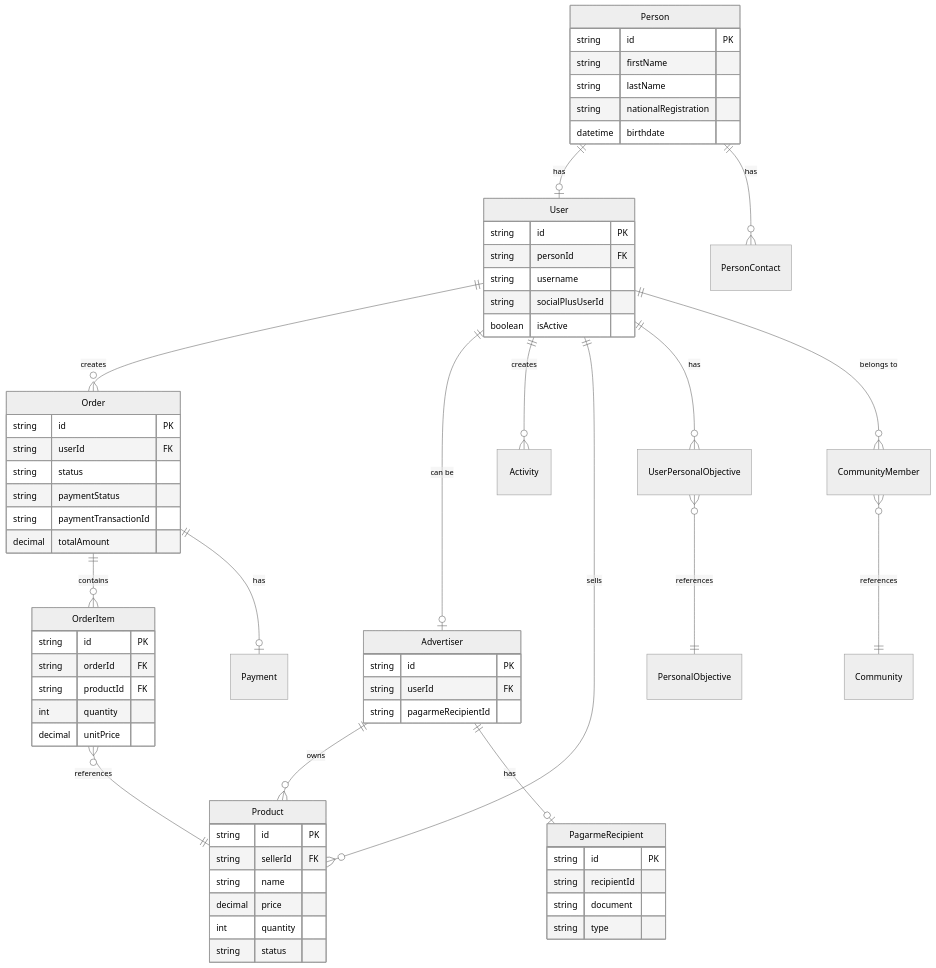
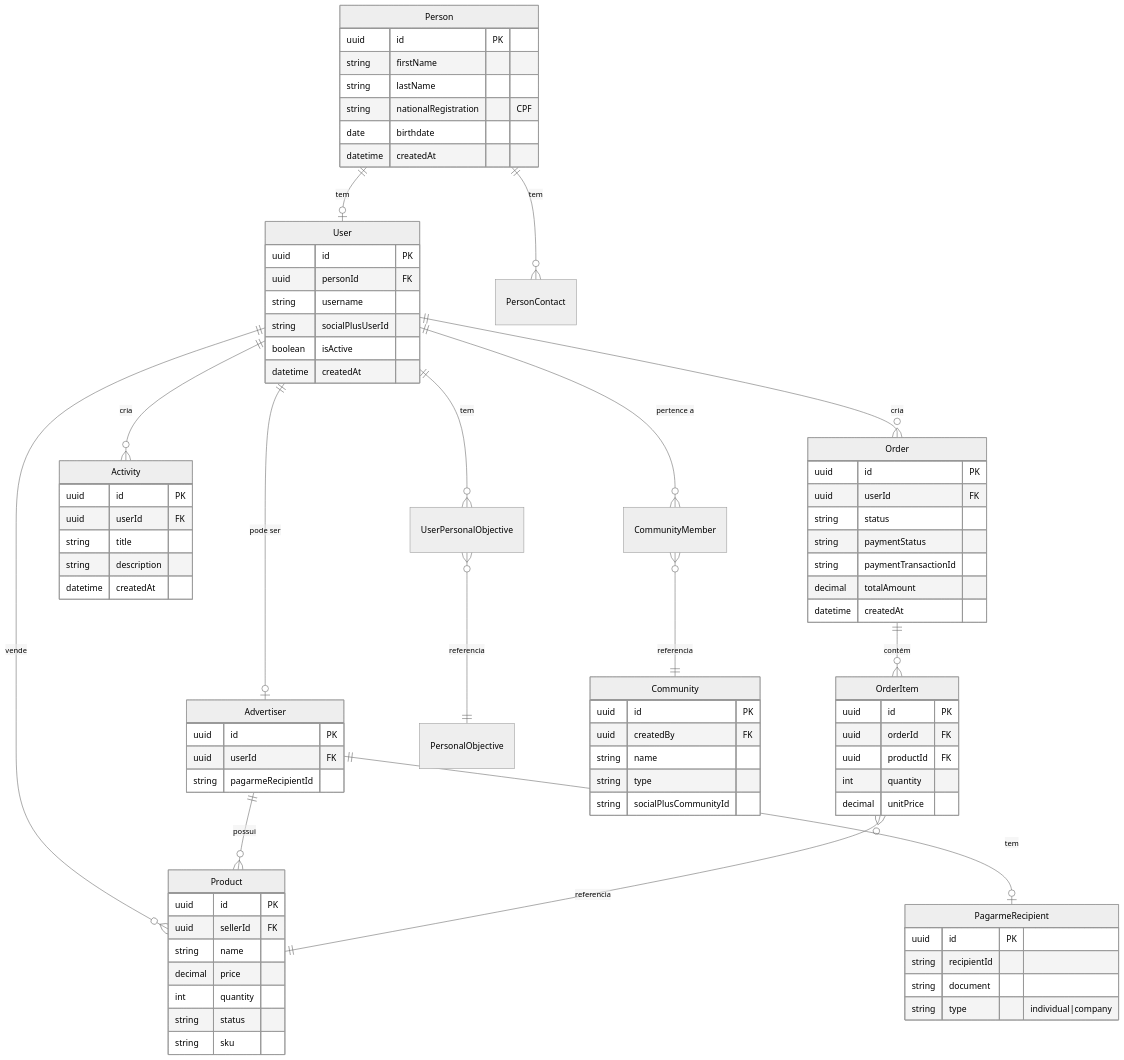
Before and after one commit to Mavimarmara/likeme-back-end: the third of 5 diagrams in docs/system-architecture.md, drawn with Mermaid (neutral theme). The commit also changed other lines of this file, not shown here.

First line of the commit message:
Otimiza diagramas Mermaid para melhor visualização

````diff
--- a/docs/system-architecture.md
+++ b/docs/system-architecture.md
@@ -150,73 +153,92 @@
 ```mermaid
 erDiagram
-    Person ||--o| User : "has"
-    Person ||--o{ PersonContact : "has"
-    User ||--o{ Order : "creates"
-    User ||--o| Advertiser : "can be"
-    User ||--o{ Activity : "creates"
-    User ||--o{ Product : "sells"
-    Advertiser ||--o{ Product : "owns"
-    Order ||--o{ OrderItem : "contains"
-    OrderItem }o--|| Product : "references"
-    Order ||--o| Payment : "has"
-    Advertiser ||--o| PagarmeRecipient : "has"
-    User ||--o{ UserPersonalObjective : "has"
-    UserPersonalObjective }o--|| PersonalObjective : "references"
-    User ||--o{ CommunityMember : "belongs to"
-    CommunityMember }o--|| Community : "references"
+    Person ||--o| User : "tem"
+    Person ||--o{ PersonContact : "tem"
+    User ||--o{ Order : "cria"
+    User ||--o| Advertiser : "pode ser"
+    User ||--o{ Activity : "cria"
+    User ||--o{ Product : "vende"
+    Advertiser ||--o{ Product : "possui"
+    Order ||--o{ OrderItem : "contém"
+    OrderItem }o--|| Product : "referencia"
+    Advertiser ||--o| PagarmeRecipient : "tem"
+    User ||--o{ UserPersonalObjective : "tem"
+    UserPersonalObjective }o--|| PersonalObjective : "referencia"
+    User ||--o{ CommunityMember : "pertence a"
+    CommunityMember }o--|| Community : "referencia"
 
     Person {
-        string id PK
+        uuid id PK
         string firstName
         string lastName
-        string nationalRegistration
-        datetime birthdate
+        string nationalRegistration "CPF"
+        date birthdate
+        datetime createdAt
     }
     
     User {
-        string id PK
-        string personId FK
+        uuid id PK
+        uuid personId FK
         string username
         string socialPlusUserId
         boolean isActive
+        datetime createdAt
     }
     
     Product {
-        string id PK
-        string sellerId FK
+        uuid id PK
+        uuid sellerId FK
         string name
         decimal price
         int quantity
         string status
+        string sku
     }
     
     Order {
-        string id PK
-        string userId FK
+        uuid id PK
+        uuid userId FK
         string status
         string paymentStatus
         string paymentTransactionId
         decimal totalAmount
+        datetime createdAt
     }
     
     OrderItem {
-        string id PK
-        string orderId FK
-        string productId FK
+        uuid id PK
+        uuid orderId FK
+        uuid productId FK
         int quantity
         decimal unitPrice
     }
     
     Advertiser {
-        string id PK
-        string userId FK
+        uuid id PK
+        uuid userId FK
         string pagarmeRecipientId
     }
     
     PagarmeRecipient {
-        string id PK
+        uuid id PK
         string recipientId
         string document
+        string type "individual|company"
+    }
+    
+    Activity {
+        uuid id PK
+        uuid userId FK
+        string title
+        string description
+        datetime createdAt
+    }
+    
+    Community {
+        uuid id PK
+        uuid createdBy FK
+        string name
         string type
+        string socialPlusCommunityId
     }
 ```
````
